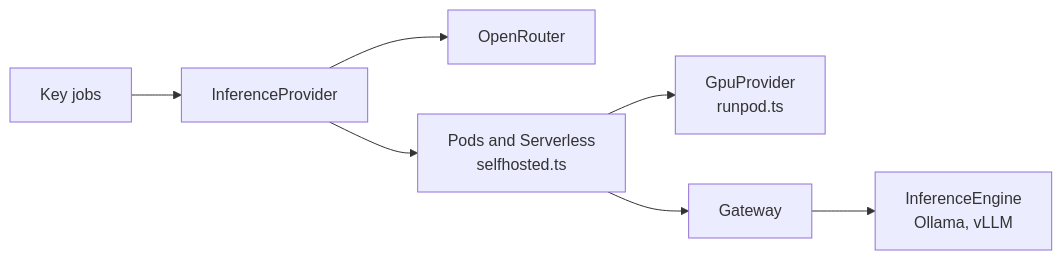
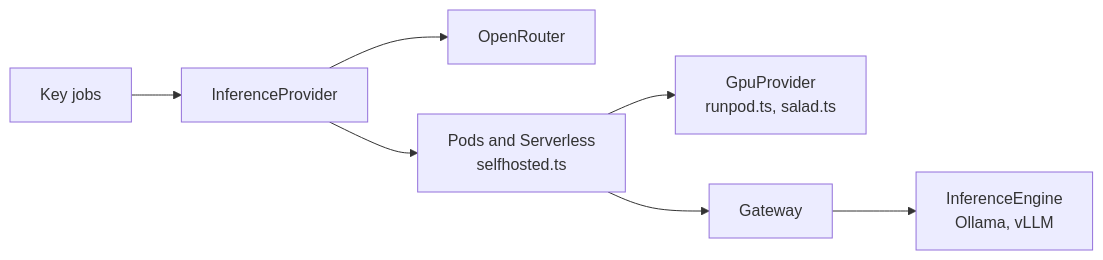
The diagram in docs/inference/self-hosted.md (codenergy-dev/codeman), drawn with Mermaid before and after one commit. The commit also changed other lines of this file and 25 other files, not shown here.

````diff
--- a/docs/inference/self-hosted.md
+++ b/docs/inference/self-hosted.md
@@ -41,9 +44,9 @@
 ```mermaid
 flowchart LR
   keys["Key jobs"] --> provider["InferenceProvider"]
   provider --> openrouter["OpenRouter"]
   provider --> selfhosted["Pods and Serverless<br/>selfhosted.ts"]
-  selfhosted --> gpu["GpuProvider<br/>runpod.ts"]
+  selfhosted --> gpu["GpuProvider<br/>runpod.ts, salad.ts"]
   selfhosted --> gateway["Gateway"]
   gateway --> engine["InferenceEngine<br/>Ollama, vLLM"]
 ```
````
